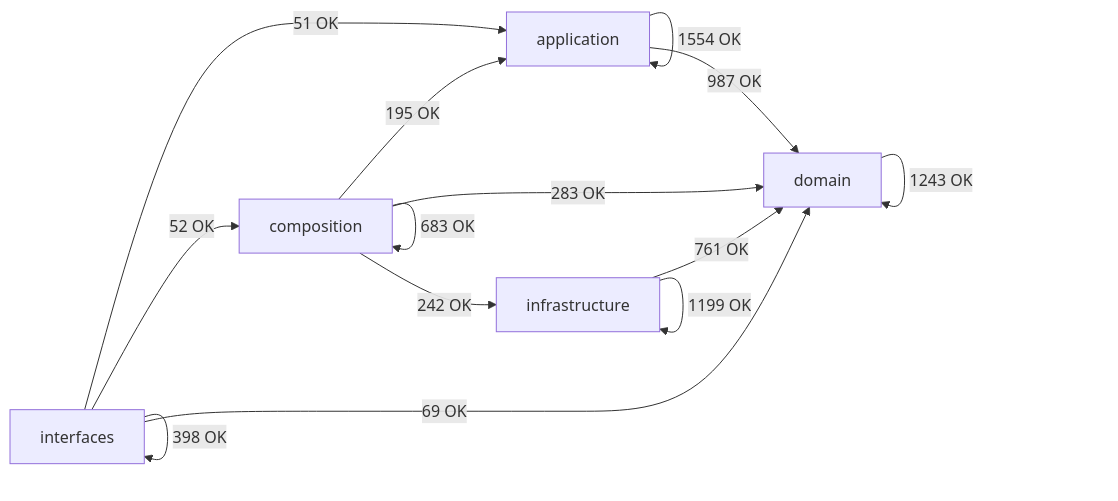
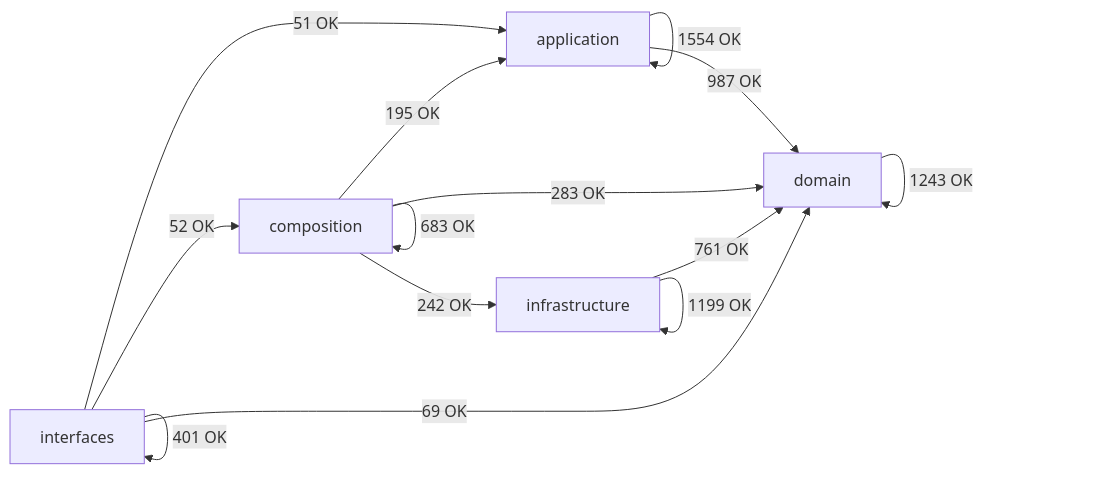
Before and after one commit to SatoryKono/BioactivityDataAcquisition: the diagram in docs/02-architecture/generated/module-dependency-map.md, drawn with Mermaid. The commit also changed other lines of this file and 9 other files, not shown here.

````diff
--- a/docs/02-architecture/generated/module-dependency-map.md
+++ b/docs/02-architecture/generated/module-dependency-map.md
@@ -17,21 +17,21 @@
 ```mermaid
 flowchart LR
     domain[domain]
     application[application]
     infrastructure[infrastructure]
     composition[composition]
     interfaces[interfaces]
     application -->|1554 OK| application
     application -->|987 OK| domain
     composition -->|195 OK| application
     composition -->|683 OK| composition
     composition -->|283 OK| domain
     composition -->|242 OK| infrastructure
     domain -->|1243 OK| domain
     infrastructure -->|761 OK| domain
     infrastructure -->|1199 OK| infrastructure
     interfaces -->|51 OK| application
     interfaces -->|52 OK| composition
     interfaces -->|69 OK| domain
-    interfaces -->|398 OK| interfaces
+    interfaces -->|401 OK| interfaces
 ```
````
